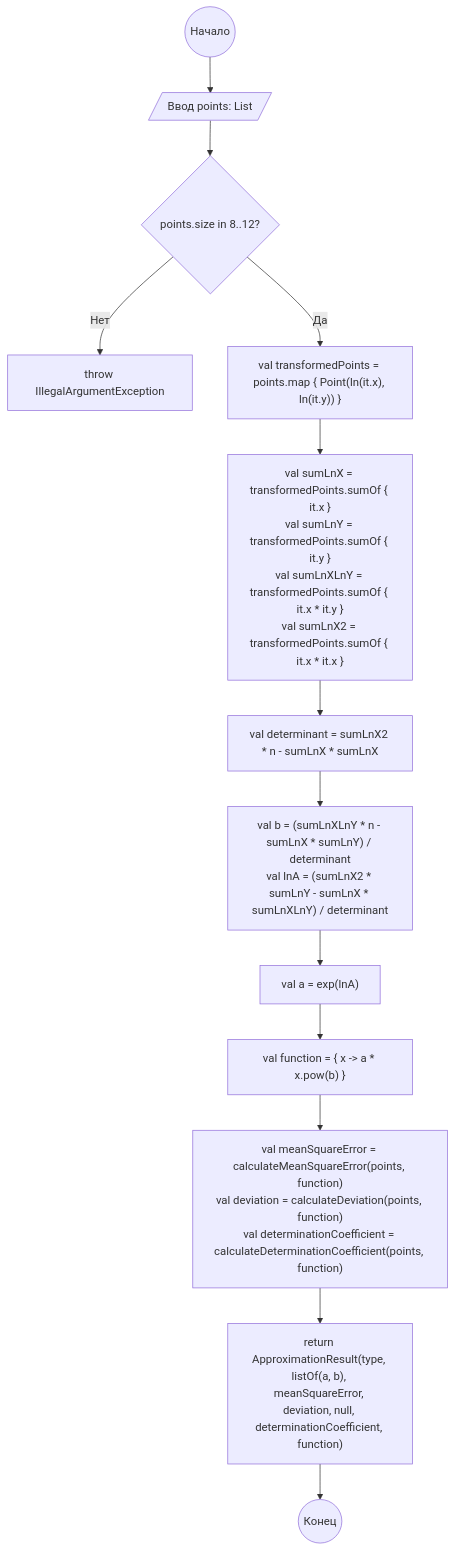
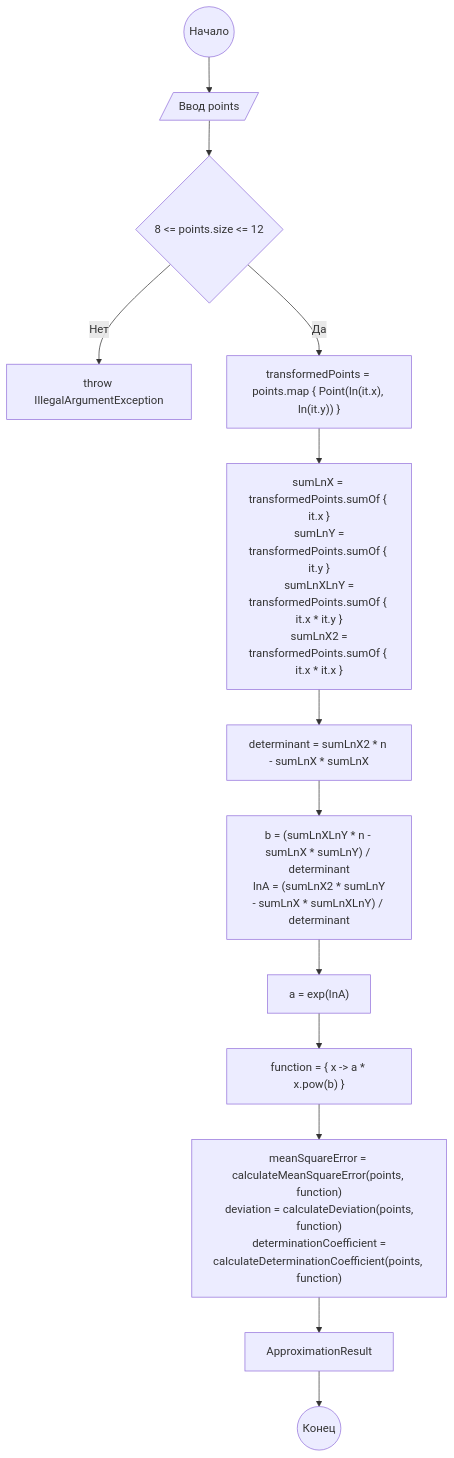
The diagram in docs/schemes/power_approximator.mmd (arekalov/CompMat-lab4), drawn with Mermaid before and after one commit. The commit also changed 6 other files, not shown here.

```diff
--- a/docs/schemes/power_approximator.mmd
+++ b/docs/schemes/power_approximator.mmd
@@ -1,13 +1,13 @@
 flowchart TD
-    A(("Начало")) --> B[/"Ввод points: List<Point>"/]
-    B --> C{"points.size in 8..12?"}
+    A(("Начало")) --> B[/"Ввод points"/]
+    B --> C{"8 <= points.size <= 12"}
     C -->|"Нет"| D["throw IllegalArgumentException"]
-    C -->|"Да"| E["val transformedPoints = points.map { Point(ln(it.x), ln(it.y)) }"]
-    E --> F["val sumLnX = transformedPoints.sumOf { it.x }\nval sumLnY = transformedPoints.sumOf { it.y }\nval sumLnXLnY = transformedPoints.sumOf { it.x * it.y }\nval sumLnX2 = transformedPoints.sumOf { it.x * it.x }"]
-    F --> G["val determinant = sumLnX2 * n - sumLnX * sumLnX"]
-    G --> H["val b = (sumLnXLnY * n - sumLnX * sumLnY) / determinant\nval lnA = (sumLnX2 * sumLnY - sumLnX * sumLnXLnY) / determinant"]
-    H --> I["val a = exp(lnA)"]
-    I --> J["val function = { x -> a * x.pow(b) }"]
-    J --> K["val meanSquareError = calculateMeanSquareError(points, function)\nval deviation = calculateDeviation(points, function)\nval determinationCoefficient = calculateDeterminationCoefficient(points, function)"]
-    K --> L["return ApproximationResult(type, listOf(a, b), meanSquareError, deviation, null, determinationCoefficient, function)"]
+    C -->|"Да"| E[" transformedPoints = points.map { Point(ln(it.x), ln(it.y)) }"]
+    E --> F[" sumLnX = transformedPoints.sumOf { it.x }\n sumLnY = transformedPoints.sumOf { it.y }\n sumLnXLnY = transformedPoints.sumOf { it.x * it.y }\n sumLnX2 = transformedPoints.sumOf { it.x * it.x }"]
+    F --> G[" determinant = sumLnX2 * n - sumLnX * sumLnX"]
+    G --> H[" b = (sumLnXLnY * n - sumLnX * sumLnY) / determinant\n lnA = (sumLnX2 * sumLnY - sumLnX * sumLnXLnY) / determinant"]
+    H --> I[" a = exp(lnA)"]
+    I --> J[" function = { x -> a * x.pow(b) }"]
+    J --> K[" meanSquareError = calculateMeanSquareError(points, function)\n deviation = calculateDeviation(points, function)\n determinationCoefficient = calculateDeterminationCoefficient(points, function)"]
+    K --> L["ApproximationResult"]
     L --> M(("Конец"))
```
